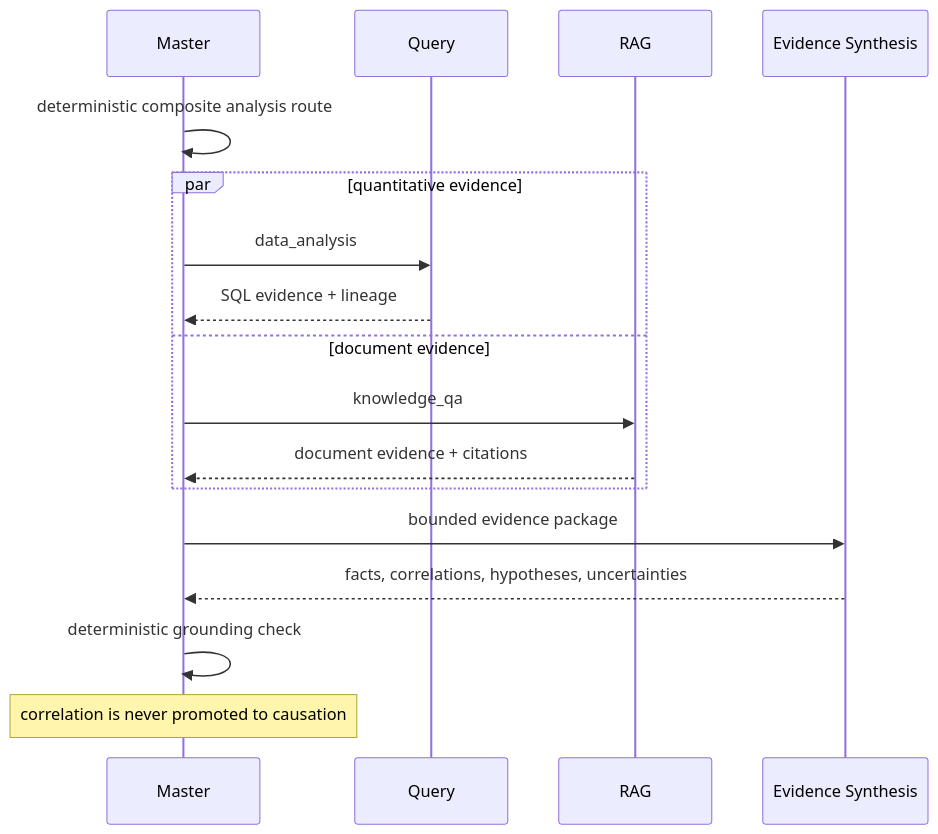
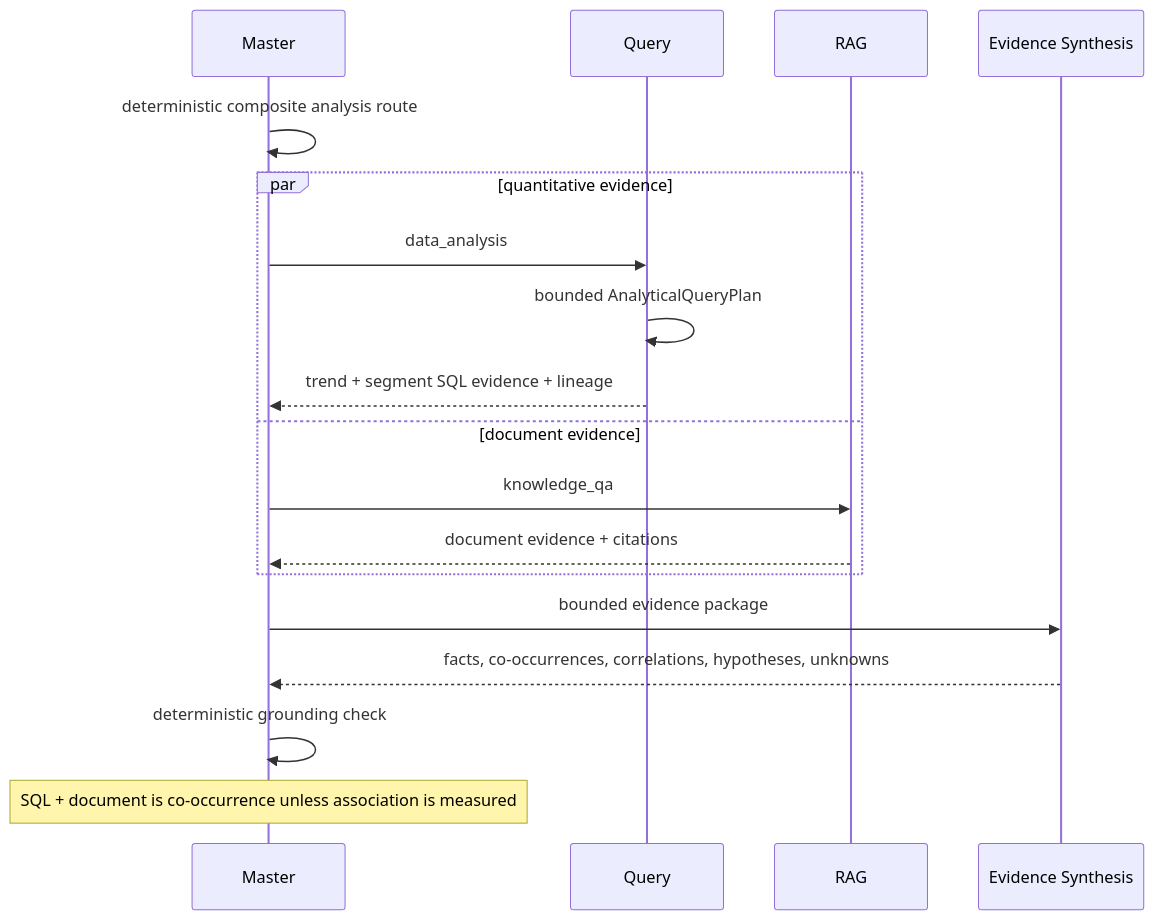
One commit to wz13814990585-sudo/EcomPilot changed the second of 5 diagrams in docs/architecture.md. Above: the diagram before and after it, drawn with Mermaid. The commit also changed other lines of this file and 45 other files, not shown here.

````diff
--- a/docs/architecture.md
+++ b/docs/architecture.md
@@ -49,19 +49,20 @@
 ```mermaid
 sequenceDiagram
     participant M as Master
     participant Q as Query
     participant R as RAG
     participant S as Evidence Synthesis
     M->>M: deterministic composite analysis route
     par quantitative evidence
         M->>Q: data_analysis
-        Q-->>M: SQL evidence + lineage
+        Q->>Q: bounded AnalyticalQueryPlan
+        Q-->>M: trend + segment SQL evidence + lineage
     and document evidence
         M->>R: knowledge_qa
         R-->>M: document evidence + citations
     end
     M->>S: bounded evidence package
-    S-->>M: facts, correlations, hypotheses, uncertainties
+    S-->>M: facts, co-occurrences, correlations, hypotheses, unknowns
     M->>M: deterministic grounding check
-    Note over M: correlation is never promoted to causation
+    Note over M: SQL + document is co-occurrence unless association is measured
 ```
````
